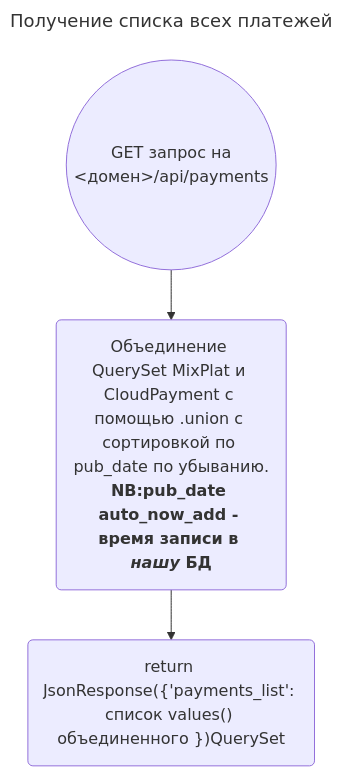
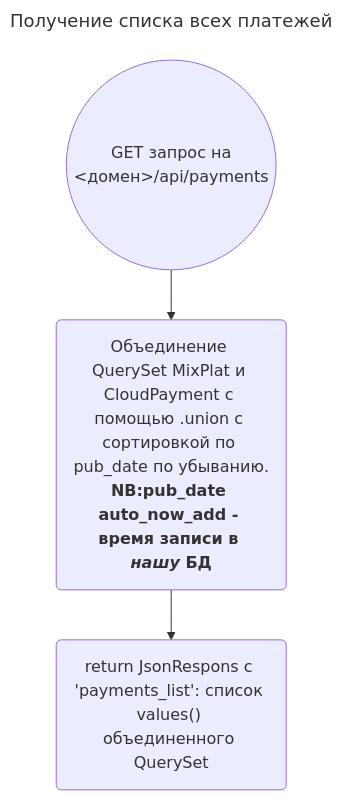
The sixth of 6 diagrams in docs/project_description.md (nko-nzhkc/nko), drawn with Mermaid before and after one commit.

Commit message:
#103: fix: format node C in flowchart Получение списка всех платежей for better readability

````diff
--- a/docs/project_description.md
+++ b/docs/project_description.md
@@ -164,8 +164,8 @@
 ```mermaid
 ---
 title: Получение списка всех платежей
 ---
 flowchart TD
 A(GET запрос на <br><домен>/api/payments)@{shape: circle}--> B("`Объединение QuerySet MixPlat и CloudPayment с помощью .union с сортировкой по pub_date по убыванию.<br>**NB:pub_date auto_now_add - время записи в *нашу* БД**`")
-B --> C("return JsonResponse({'payments_list': список values() объединенного })QuerySet")
+B --> C("return JsonRespons c 'payments_list': список values() объединенного QuerySet")
 ```
````
